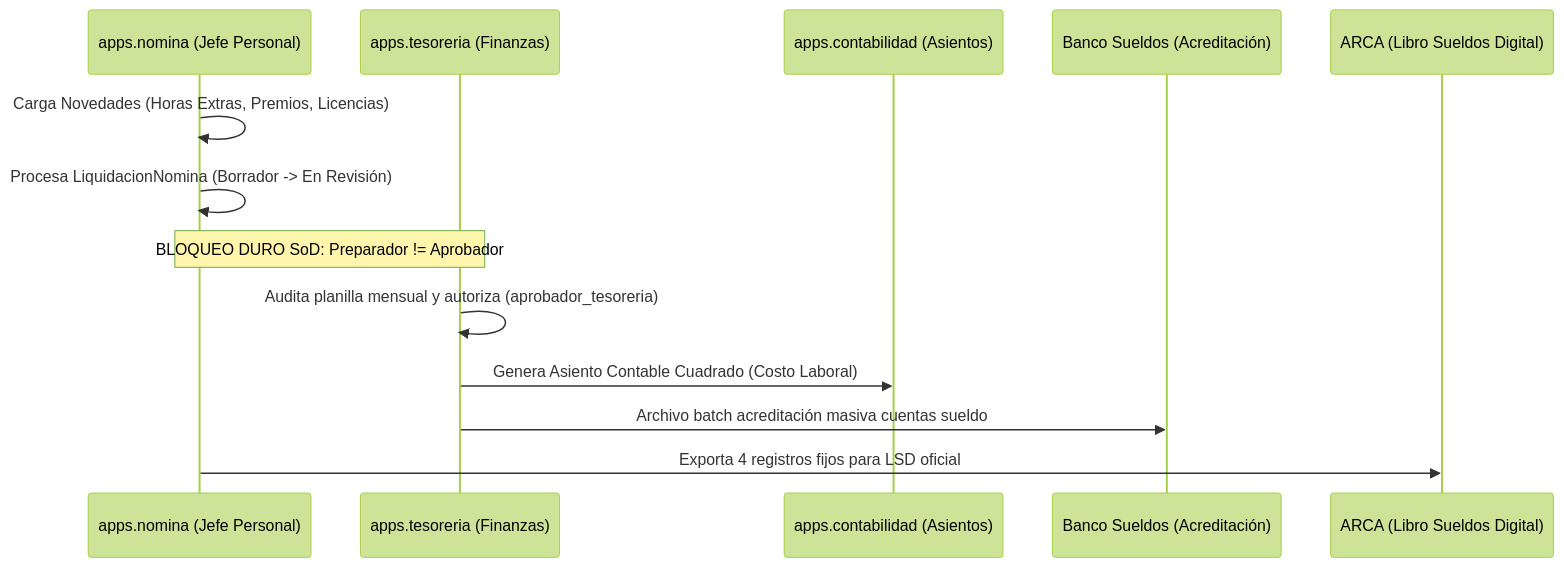
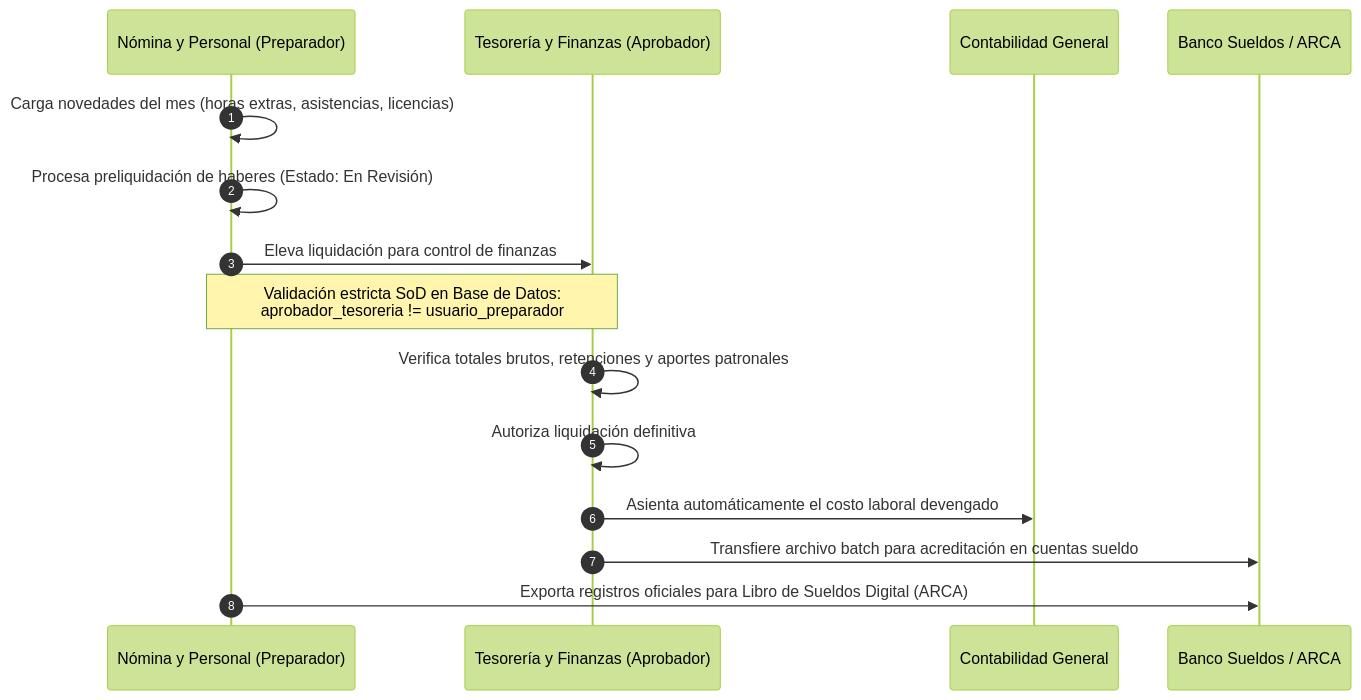
Before and after one commit to sarthouse/indinopy: the fourth of 6 diagrams in docs/md/arquitectura_funcional.md, drawn with Mermaid (forest theme). The commit also changed other lines of this file and 7 other files, not shown here.

````diff
--- a/docs/md/arquitectura_funcional.md
+++ b/docs/md/arquitectura_funcional.md
@@ -293,16 +209,21 @@
 ```mermaid
 sequenceDiagram
-    participant HR as apps.nomina (Jefe Personal)
-    participant Tes as apps.tesoreria (Finanzas)
-    participant Cont as apps.contabilidad (Asientos)
-    participant Banco as Banco Sueldos (Acreditación)
-    participant ARCA as ARCA (Libro Sueldos Digital)
+    autonumber
+    participant HR as Nómina y Personal (Preparador)
+    participant T as Tesorería y Finanzas (Aprobador)
+    participant K as Contabilidad General
+    participant B as Banco Sueldos / ARCA
 
-    HR->>HR: Carga Novedades (Horas Extras, Premios, Licencias)
-    HR->>HR: Procesa LiquidacionNomina (Borrador -> En Revisión)
-    Note over HR,Tes: BLOQUEO DURO SoD: Preparador != Aprobador
-    Tes->>Tes: Audita planilla mensual y autoriza (aprobador_tesoreria)
-    Tes->>Cont: Genera Asiento Contable Cuadrado (Costo Laboral)
-    Tes->>Banco: Archivo batch acreditación masiva cuentas sueldo
-    HR->>ARCA: Exporta 4 registros fijos para LSD oficial
+    HR->>HR: Carga novedades del mes (horas extras, asistencias, licencias)
+    HR->>HR: Procesa preliquidación de haberes (Estado: En Revisión)
+    HR->>T: Eleva liquidación para control de finanzas
+
+    Note over HR,T: Validación estricta SoD en Base de Datos:<br/>aprobador_tesoreria != usuario_preparador
+    
+    T->>T: Verifica totales brutos, retenciones y aportes patronales
+    T->>T: Autoriza liquidación definitiva
+    
+    T->>K: Asienta automáticamente el costo laboral devengado
+    T->>B: Transfiere archivo batch para acreditación en cuentas sueldo
+    HR->>B: Exporta registros oficiales para Libro de Sueldos Digital (ARCA)
 ```
````
